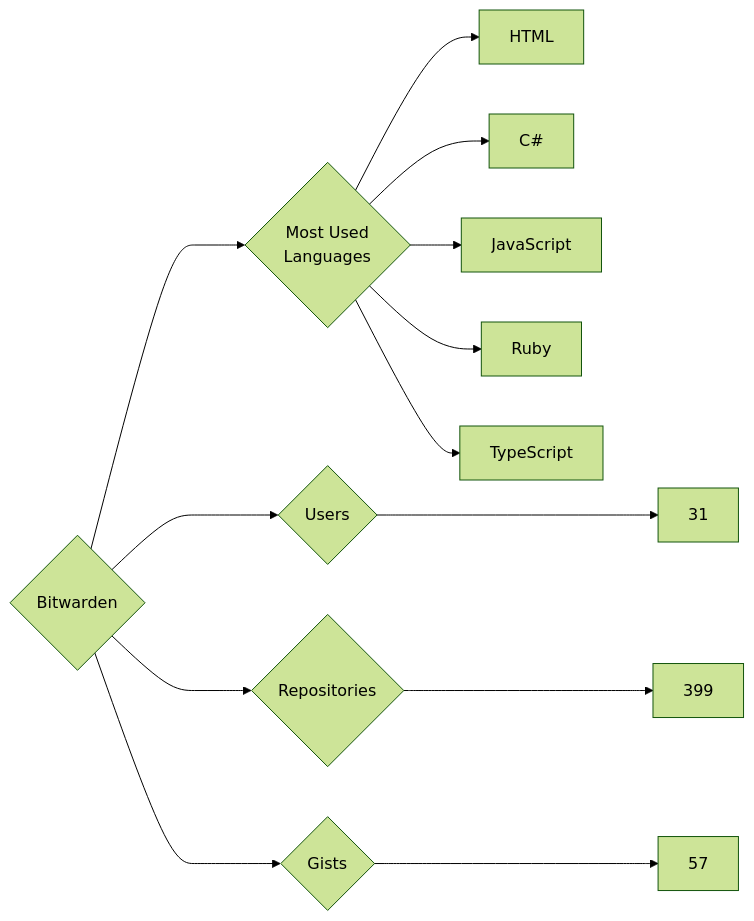
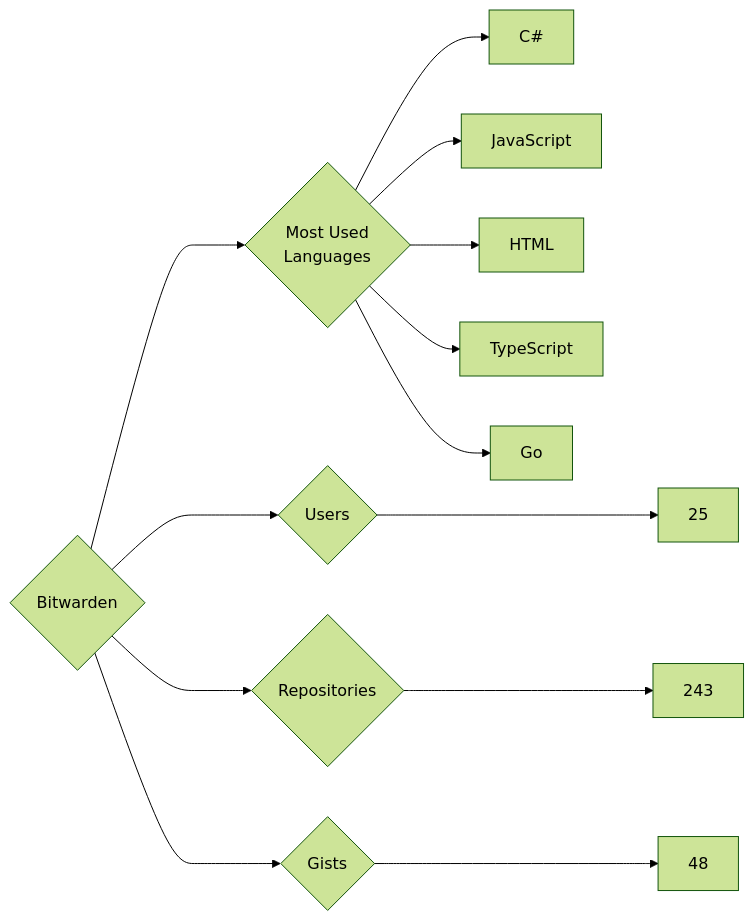
Before and after one commit to trickest/insiders: the diagram in targets/Bitwarden/README.md, drawn with Mermaid (forest theme). The commit also changed 714 other files, not shown here.

````diff
--- a/targets/Bitwarden/README.md
+++ b/targets/Bitwarden/README.md
@@ -3,13 +3,13 @@
 ```mermaid
 graph LR
 COMPANY_NAME{Bitwarden}
-COMPANY_NAME ---> U{Users} ---> UN[31]
-COMPANY_NAME ---> R{Repositories} ---> RN[399]
-COMPANY_NAME ---> G{Gists} ---> GN[57]
+COMPANY_NAME ---> U{Users} ---> UN[25]
+COMPANY_NAME ---> R{Repositories} ---> RN[243]
+COMPANY_NAME ---> G{Gists} ---> GN[48]
 COMPANY_NAME ---> ML{Most Used<br>Languages}
-ML --> HTML[HTML]
 ML --> C#[C#]
 ML --> JavaScript[JavaScript]
-ML --> Ruby[Ruby]
+ML --> HTML[HTML]
 ML --> TypeScript[TypeScript]
+ML --> Go[Go]
 ```
````
